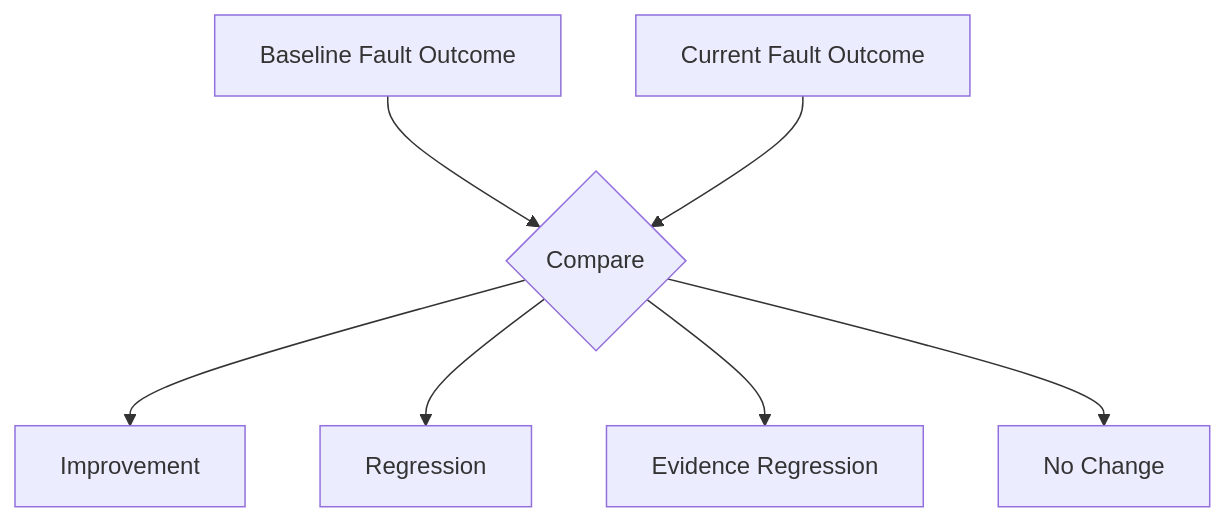
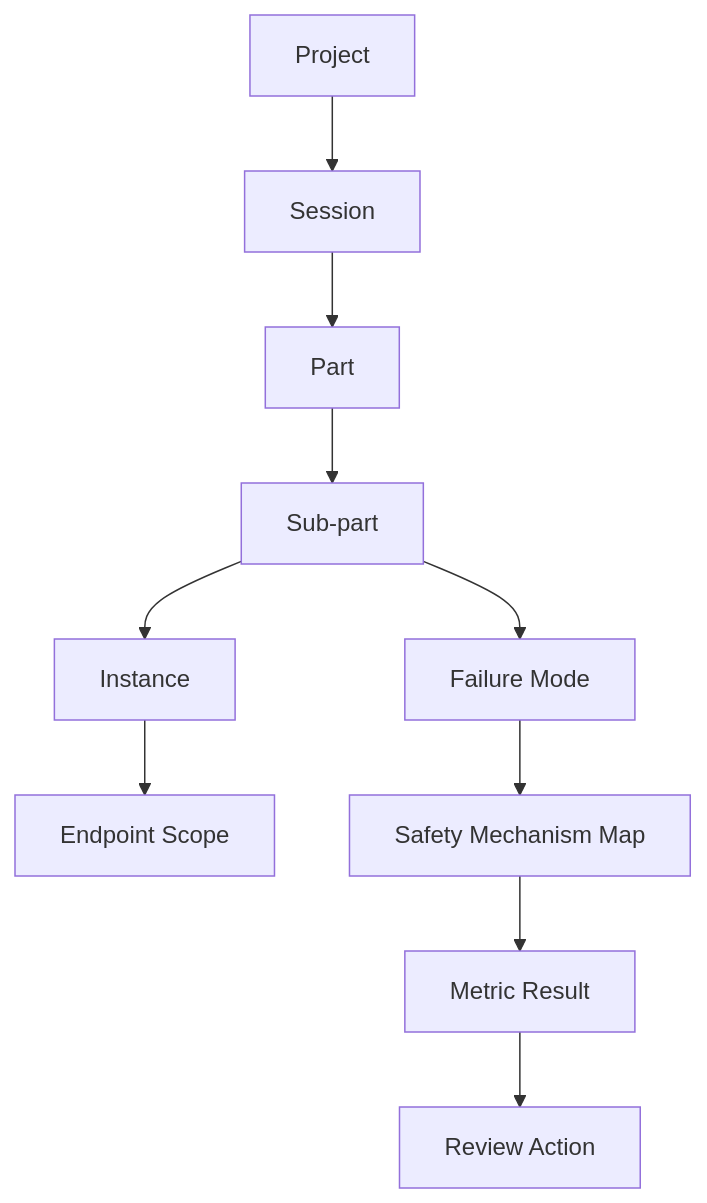
The fourth of 7 diagrams in articles/16_automotive_safeic_practice_d16_github_en_regression_and_trend_tracking.md (qiqixixi1001/automotive-safeic-practice), drawn with Mermaid before and after one commit. The commit also changed other lines of this file, not shown here.

````diff
--- a/articles/16_automotive_safeic_practice_d16_github_en_regression_and_trend_tracking.md
+++ b/articles/16_automotive_safeic_practice_d16_github_en_regression_and_trend_tracking.md
@@ -441,9 +195,12 @@
 ```mermaid
 flowchart TD
-    A[Baseline Fault Outcome] --> C{Compare}
-    B[Current Fault Outcome] --> C
-    C --> D[Improvement]
-    C --> E[Regression]
-    C --> F[Evidence Regression]
-    C --> G[No Change]
+    P[Project] --> S[Session]
+    S --> Part[Part]
+    Part --> Sub[Sub-part]
+    Sub --> Inst[Instance]
+    Inst --> EP[Endpoint Scope]
+    Sub --> FM[Failure Mode]
+    FM --> SM[Safety Mechanism Map]
+    SM --> MET[Metric Result]
+    MET --> ACT[Review Action]
 ```
````
